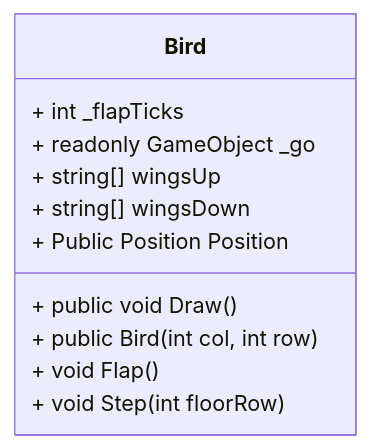
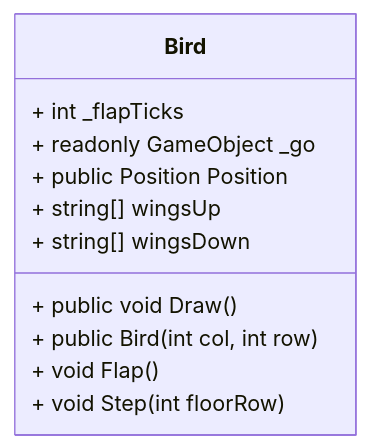
The sixth of 9 diagrams in dokumentasjon/diagram/klasse-diagram.md (NexusWeave/MVP-FlappyBird-cs), drawn with Mermaid before and after one commit. The commit also changed other lines of this file, not shown here.

Commit message:
Add Position property to Bird, Ground, and Pipe classes in klasse-diagram.md

````diff
--- a/dokumentasjon/diagram/klasse-diagram.md
+++ b/dokumentasjon/diagram/klasse-diagram.md
@@ -85,20 +85,21 @@
 ```mermaid
     classDiagram
         direction TD
 
     class Bird {
         + int _flapTicks
         + readonly GameObject _go
+        + public Position Position
 
         + string[] wingsUp
         + string[] wingsDown
 
         + public void Draw()
         + public Bird(int col, int row)
 
-        + Public Position Position
+        
 
         + void Flap()
         + void Step(int floorRow)
     }
 ```
````
